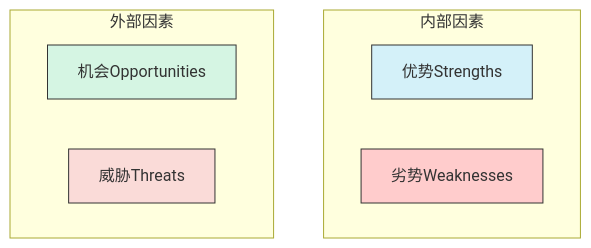
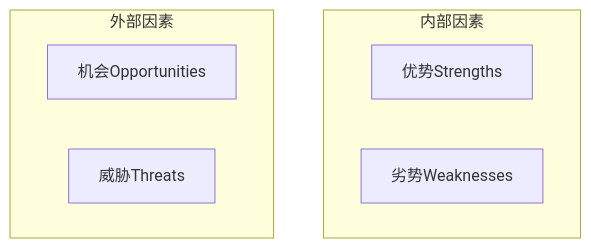
Before and after one commit to amcoimg/my-digital-garden: the sixth of 8 diagrams in src/site/notes/知识共享/002_商业分析/01_学习内容/04_市场与竞争分析/4.1 市场分析框架.md, drawn with Mermaid. The commit also changed other lines of this file and 1 other file, not shown here.

````diff
--- a/src/site/notes/知识共享/002_商业分析/01_学习内容/04_市场与竞争分析/4.1 市场分析框架.md
+++ b/src/site/notes/知识共享/002_商业分析/01_学习内容/04_市场与竞争分析/4.1 市场分析框架.md
@@ -763,17 +687,12 @@
 ```mermaid
-graph TD
+flowchart TD
     subgraph 内部因素
     A[优势Strengths]
     B[劣势Weaknesses]
     end
     
     subgraph 外部因素
     C[机会Opportunities]
     D[威胁Threats]
     end
-    
-    style A fill:#d4f1f9,stroke:#333,stroke-width:1px
-    style B fill:#ffcccc,stroke:#333,stroke-width:1px
-    style C fill:#d5f5e3,stroke:#333,stroke-width:1px
-    style D fill:#fadbd8,stroke:#333,stroke-width:1px
 ```
````
